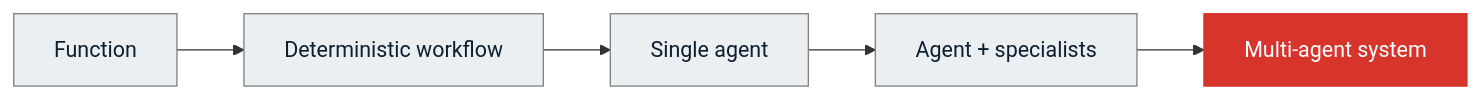
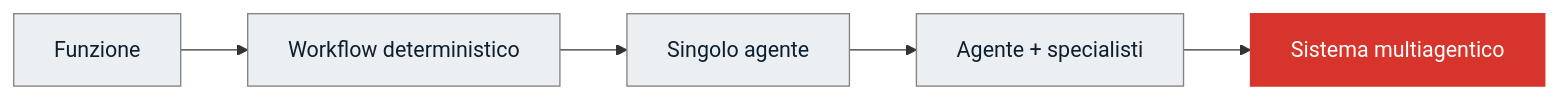
One commit to Rkomi98/MyBlog changed the first of 9 diagrams in files/AI Engineering/Multiagent SOTA 2026_en.md. Above: the diagram before and after it, drawn with Mermaid. The commit also changed other lines of this file and 17 other files, not shown here.

````diff
--- a/files/AI Engineering/Multiagent SOTA 2026_en.md
+++ b/files/AI Engineering/Multiagent SOTA 2026_en.md
@@ -54,12 +39,12 @@
 ```mermaid
 flowchart LR
-    F[Function] --> W[Deterministic workflow]
-    W --> A[Single agent]
-    A --> S[Agent + specialists]
-    S --> M[Multi-agent system]
+    F[Funzione] --> W[Workflow deterministico]
+    W --> A[Singolo agente]
+    A --> S[Agente + specialisti]
+    S --> M[Sistema multiagentico]
 
     classDef base fill:#ECEFF2,stroke:#818282,color:#0D1F2E;
     classDef hot fill:#D7342B,stroke:#D7342B,color:#fff;
     class F,W,A,S base;
     class M hot;
 ```
````
